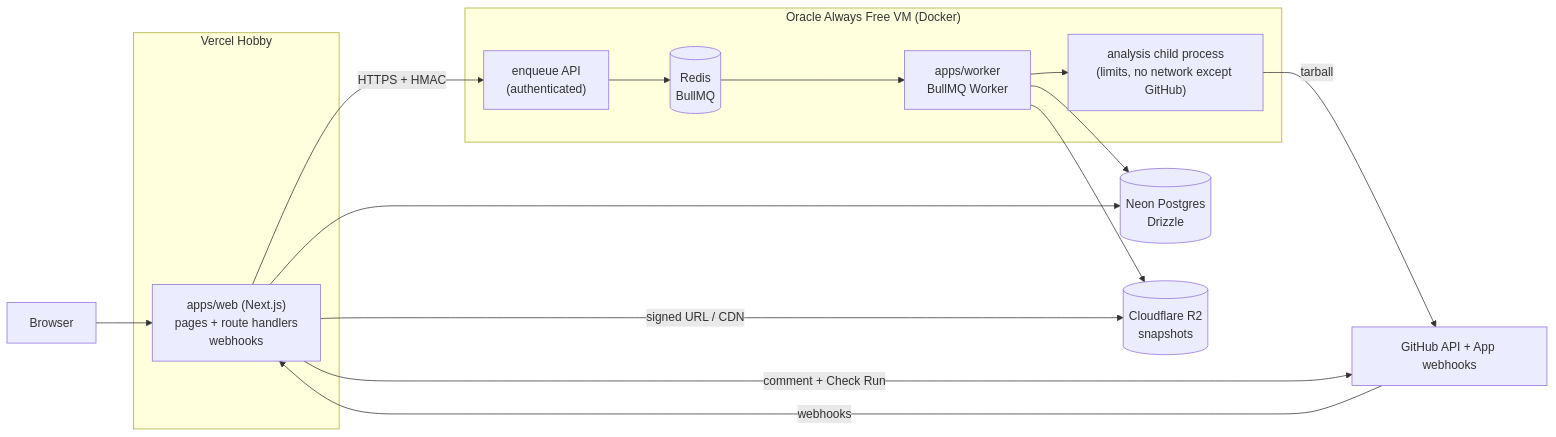
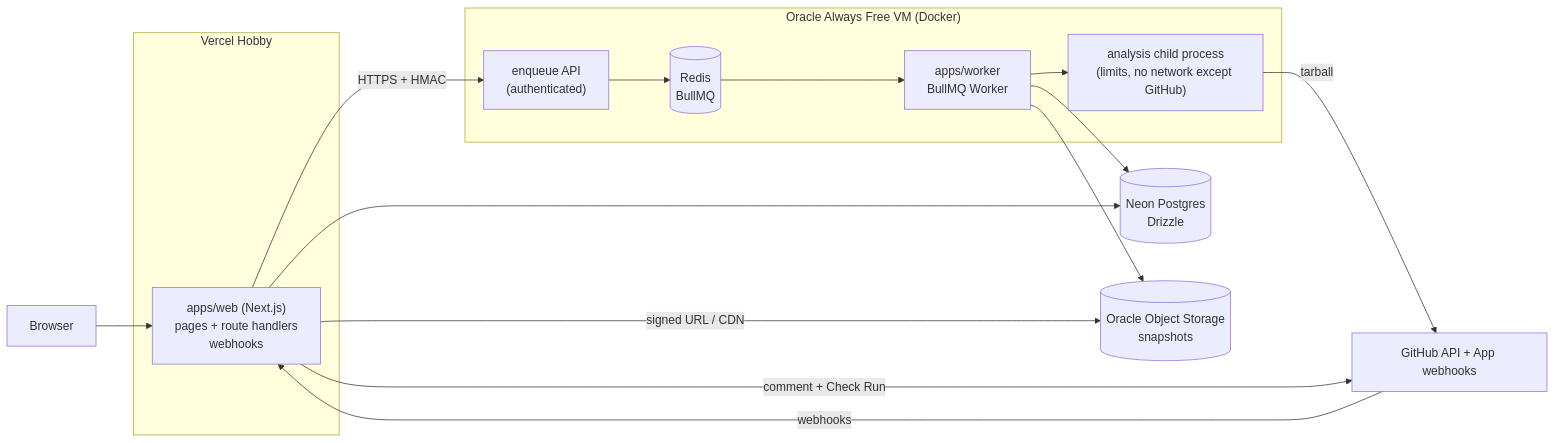
One commit to AbhinavGonthina/gitinside changed the diagram in docs/DESIGN.md. Above: the diagram before and after it, drawn with Mermaid. The commit also changed other lines of this file and 33 other files, not shown here.

First line of the commit message:
Store snapshots in Oracle Object Storage

````diff
--- a/docs/DESIGN.md
+++ b/docs/DESIGN.md
@@ -44,26 +44,26 @@
 ```mermaid
 flowchart LR
   subgraph Vercel["Vercel Hobby"]
     W["apps/web (Next.js)<br/>pages + route handlers<br/>webhooks"]
   end
   subgraph Oracle["Oracle Always Free VM (Docker)"]
     E["enqueue API<br/>(authenticated)"]
     R[("Redis<br/>BullMQ")]
     K["apps/worker<br/>BullMQ Worker"]
     C["analysis child process<br/>(limits, no network except GitHub)"]
   end
   PG[("Neon Postgres<br/>Drizzle")]
-  S3[("Cloudflare R2<br/>snapshots")]
+  S3[("Oracle Object Storage<br/>snapshots")]
   GH["GitHub API + App webhooks"]
   U["Browser"]
 
   U --> W
   W -->|"HTTPS + HMAC"| E --> R --> K --> C
   C -->|"tarball"| GH
   K --> S3
   K --> PG
   W --> PG
   W -->|"signed URL / CDN"| S3
   GH -->|"webhooks"| W
   W -->|"comment + Check Run"| GH
 ```
````
